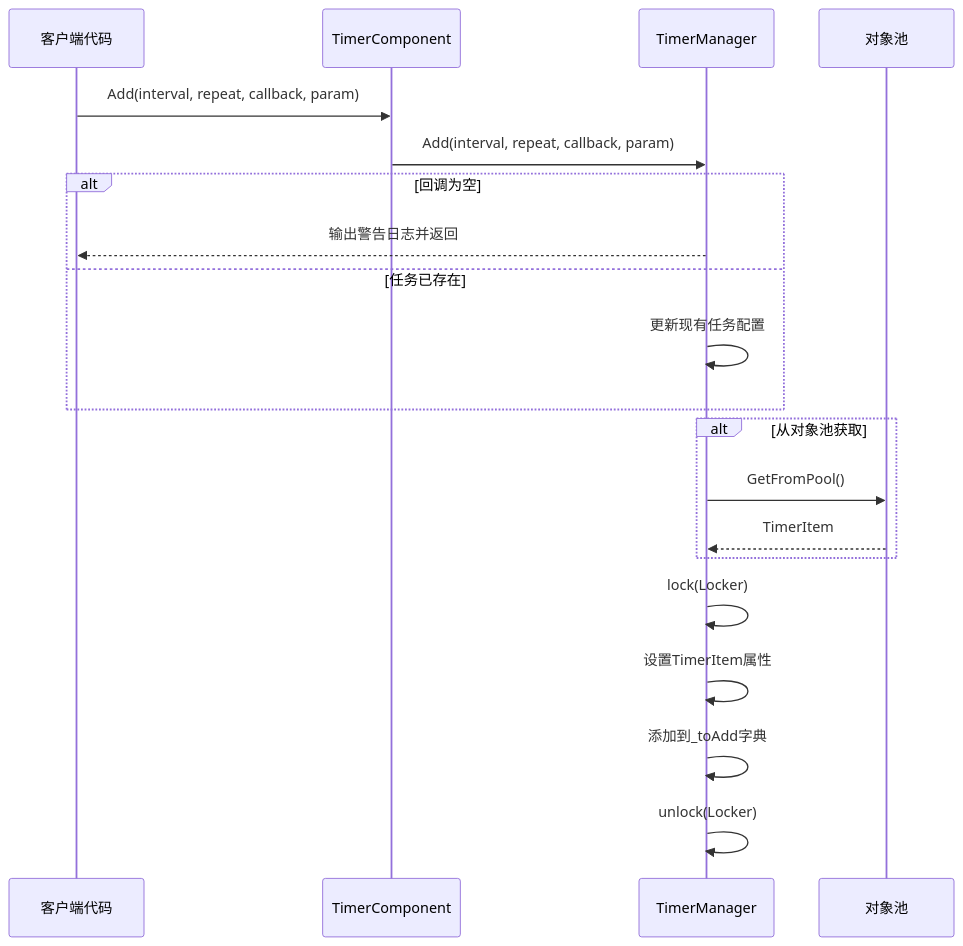
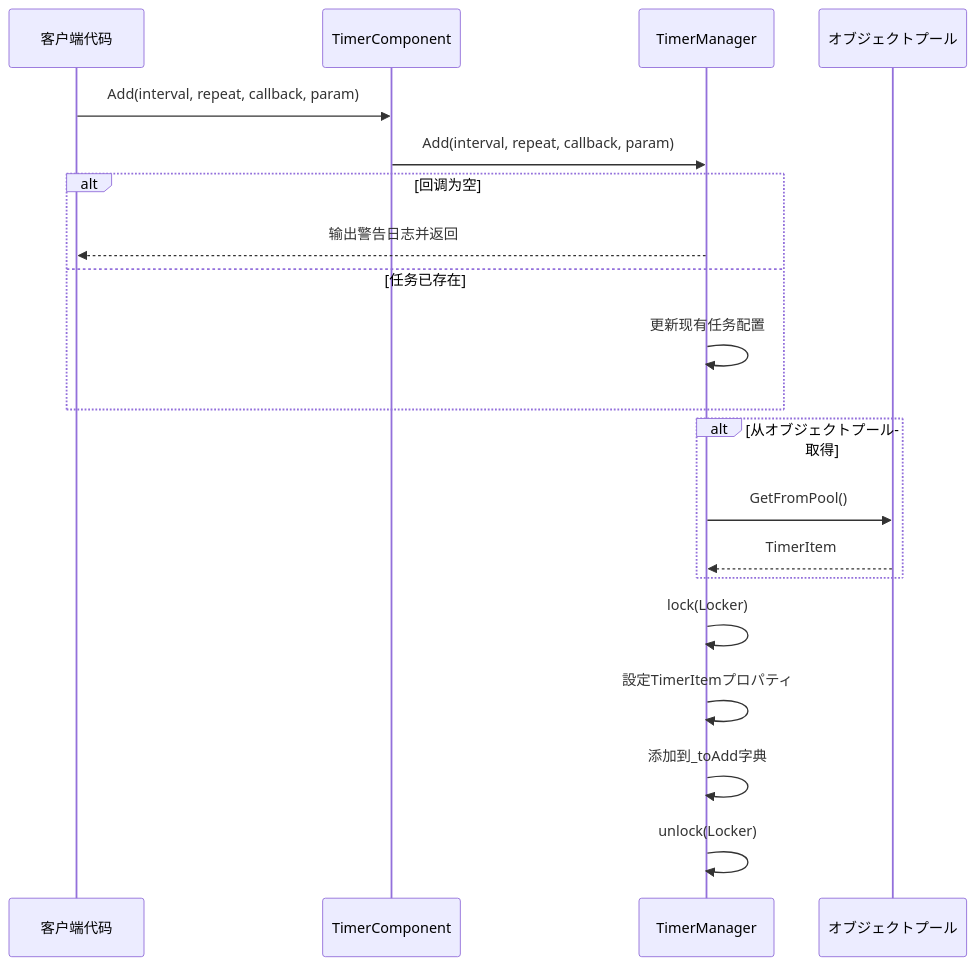
The second of 3 diagrams in docs/ja/client/unity/component/timer/08.add-timer.md (AlianBlank/GameFrameX.Docs), drawn with Mermaid before and after one commit. The commit also changed other lines of this file and 603 other files, not shown here.

````diff
--- a/docs/ja/client/unity/component/timer/08.add-timer.md
+++ b/docs/ja/client/unity/component/timer/08.add-timer.md
@@ -63,26 +63,26 @@
 ```mermaid
 sequenceDiagram
     participant C as 客户端代码
     participant TC as TimerComponent
     participant TM as TimerManager
-    participant Pool as 对象池
+    participant Pool as オブジェクトプール
 
     C->>TC: Add(interval, repeat, callback, param)
     TC->>TM: Add(interval, repeat, callback, param)
     
     alt 回调为空
         TM-->>C: 输出警告日志并返回
     else 任务已存在
         TM->>TM: 更新现有任务配置
     end
     
-    alt 从对象池获取
+    alt 从オブジェクトプール取得
         TM->>Pool: GetFromPool()
         Pool-->>TM: TimerItem
     end
     
     TM->>TM: lock(Locker)
-    TM->>TM: 设置TimerItem属性
+    TM->>TM: 設定TimerItemプロパティ
     TM->>TM: 添加到_toAdd字典
     TM->>TM: unlock(Locker)
 ```
````
